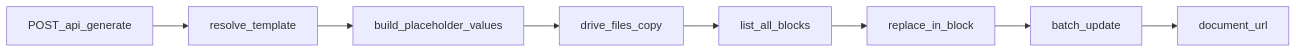
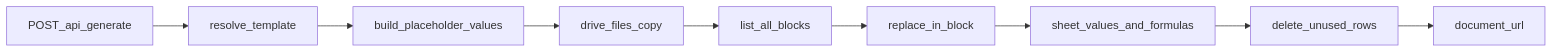
Before and after one commit to XXuyucheng/qujia-n8n-feishu: the diagram in feishu-files-generation/README.md, drawn with Mermaid. The commit also changed other lines of this file and 21 other files, not shown here.

````diff
--- a/feishu-files-generation/README.md
+++ b/feishu-files-generation/README.md
@@ -44,10 +44,11 @@
 ```mermaid
 flowchart LR
   req[POST_api_generate] --> resolve[resolve_template]
   resolve --> values[build_placeholder_values]
   values --> copy[drive_files_copy]
   copy --> blocks[list_all_blocks]
   blocks --> fill[replace_in_block]
-  fill --> batch[batch_update]
-  batch --> resp[document_url]
+  fill --> sheetWrite[sheet_values_and_formulas]
+  sheetWrite --> trim[delete_unused_rows]
+  trim --> resp[document_url]
 ```
````
